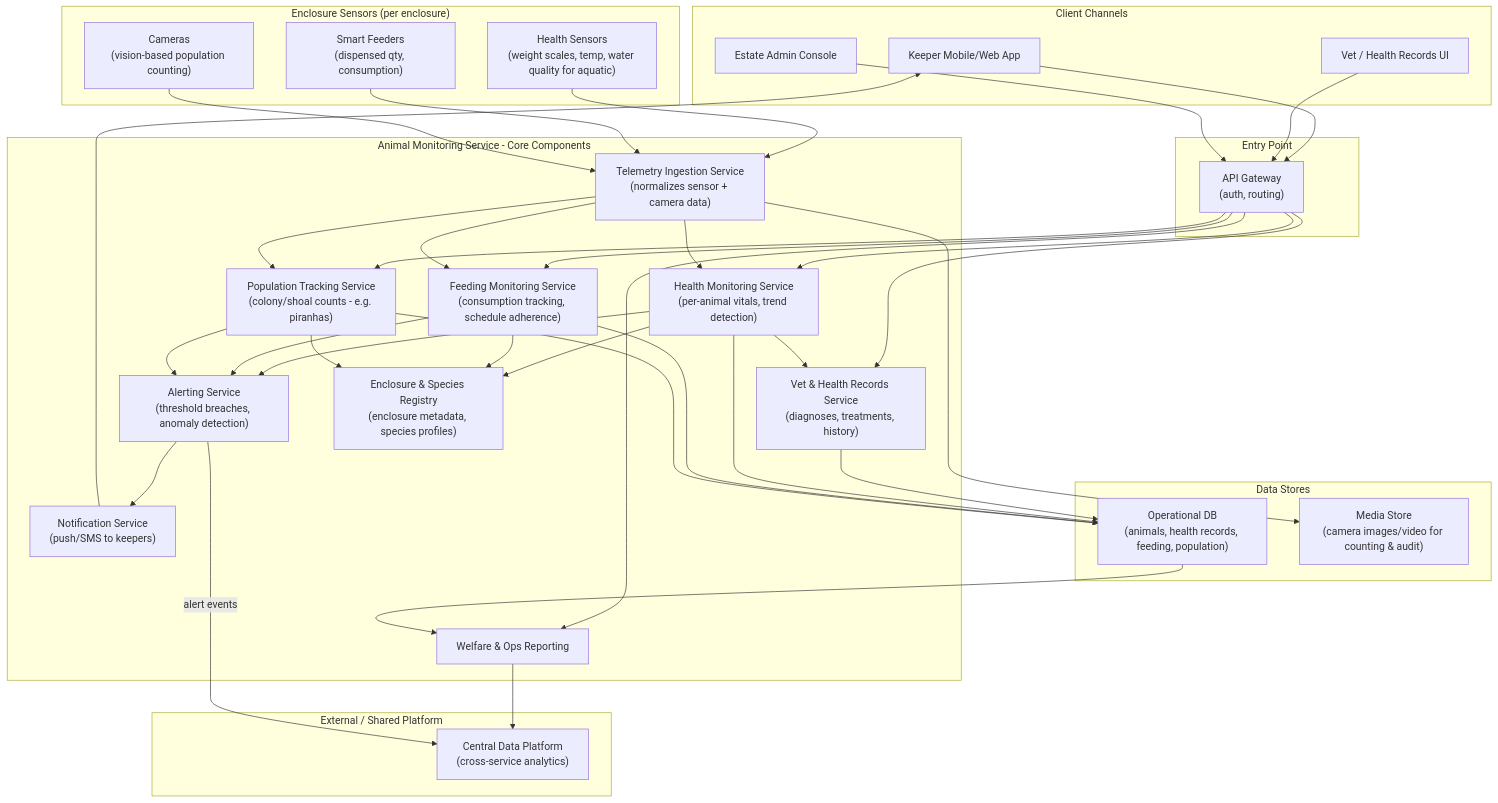
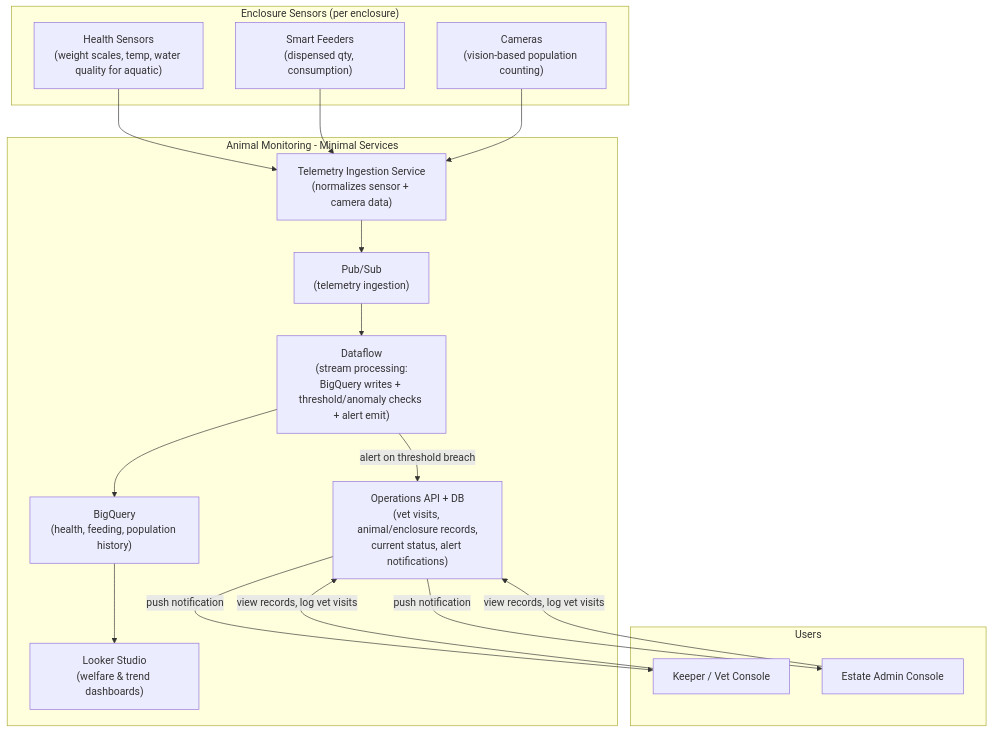
One commit to prafulnaveen/Marsian changed the diagram in hld/animal_health_monitoring_system/services.md. Above: the diagram before and after it, drawn with Mermaid. The commit also changed other lines of this file and 3 other files, not shown here.

Commit message:
Updated the ride monitoring and animal health monitoring system

````diff
--- a/hld/animal_health_monitoring_system/services.md
+++ b/hld/animal_health_monitoring_system/services.md
@@ -7,79 +29,35 @@
 ```mermaid
 flowchart TB
-
-    subgraph CLIENTS["Client Channels"]
-        KEEPERAPP["Keeper Mobile/Web App"]
-        VETUI["Vet / Health Records UI"]
-        ADMINUI["Estate Admin Console"]
-    end
-
-    subgraph EDGE_ENTRY["Entry Point"]
-        APIGW["API Gateway\n(auth, routing)"]
-    end
 
     subgraph SENSORS["Enclosure Sensors (per enclosure)"]
         HEALTHSENSOR["Health Sensors\n(weight scales, temp, water quality for aquatic)"]
         FEEDER["Smart Feeders\n(dispensed qty, consumption)"]
         CAMERA["Cameras\n(vision-based population counting)"]
     end
 
-    subgraph CORE["Animal Monitoring Service - Core Components"]
+    subgraph CORE["Animal Monitoring - Minimal Services"]
         INGEST["Telemetry Ingestion Service\n(normalizes sensor + camera data)"]
-        HEALTHSVC["Health Monitoring Service\n(per-animal vitals, trend detection)"]
-        FEEDSVC["Feeding Monitoring Service\n(consumption tracking, schedule adherence)"]
-        POPSVC["Population Tracking Service\n(colony/shoal counts - e.g. piranhas)"]
-        VETRECORDS["Vet & Health Records Service\n(diagnoses, treatments, history)"]
-        ALERTSVC["Alerting Service\n(threshold breaches, anomaly detection)"]
-        ENCLOSURESVC["Enclosure & Species Registry\n(enclosure metadata, species profiles)"]
-        NOTIFY["Notification Service\n(push/SMS to keepers)"]
-        REPORTING["Welfare & Ops Reporting"]
+        PUBSUB["Pub/Sub\n(telemetry ingestion)"]
+        DATAFLOW["Dataflow\n(stream processing:\nBigQuery writes + threshold/anomaly checks + alert emit)"]
+        BQ["BigQuery\n(health, feeding, population history)"]
+        LOOKER["Looker Studio\n(welfare & trend dashboards)"]
+
+        OPSAPI["Operations API + DB\n(vet visits, animal/enclosure records,\ncurrent status, alert notifications)"]
     end
 
-    subgraph EXTERNAL["External / Shared Platform"]
-        DATAPLATFORM["Central Data Platform\n(cross-service analytics)"]
-    end
-
-    subgraph STORE["Data Stores"]
-        OPSDB["Operational DB\n(animals, health records, feeding, population)"]
-        MEDIASTORE["Media Store\n(camera images/video for counting & audit)"]
+    subgraph CLIENTS["Users"]
+        KEEPER["Keeper / Vet Console"]
+        ADMINUI["Estate Admin Console"]
     end
 
     HEALTHSENSOR --> INGEST
     FEEDER --> INGEST
     CAMERA --> INGEST
-
-    KEEPERAPP --> APIGW
-    VETUI --> APIGW
-    ADMINUI --> APIGW
-
-    APIGW --> HEALTHSVC
-    APIGW --> FEEDSVC
-    APIGW --> POPSVC
-    APIGW --> VETRECORDS
-    APIGW --> REPORTING
-
-    INGEST --> HEALTHSVC
-    INGEST --> FEEDSVC
-    INGEST --> POPSVC
-    INGEST --> MEDIASTORE
-
-    HEALTHSVC --> ENCLOSURESVC
-    FEEDSVC --> ENCLOSURESVC
-    POPSVC --> ENCLOSURESVC
-
-    HEALTHSVC --> ALERTSVC
-    FEEDSVC --> ALERTSVC
-    POPSVC --> ALERTSVC
-    ALERTSVC --> NOTIFY
-    NOTIFY --> KEEPERAPP
-
-    HEALTHSVC --> VETRECORDS
-    VETRECORDS --> OPSDB
-    HEALTHSVC --> OPSDB
-    FEEDSVC --> OPSDB
-    POPSVC --> OPSDB
-
-    OPSDB --> REPORTING
-    REPORTING --> DATAPLATFORM
-    ALERTSVC -->|"alert events"| DATAPLATFORM
+    INGEST --> PUBSUB --> DATAFLOW
+    DATAFLOW --> BQ --> LOOKER
+    DATAFLOW -->|"alert on threshold breach"| OPSAPI
+    OPSAPI -->|"push notification"| KEEPER
+    OPSAPI -->|"push notification"| ADMINUI
+    KEEPER -->|"view records, log vet visits"| OPSAPI
+    ADMINUI -->|"view records, log vet visits"| OPSAPI
 ```
````
